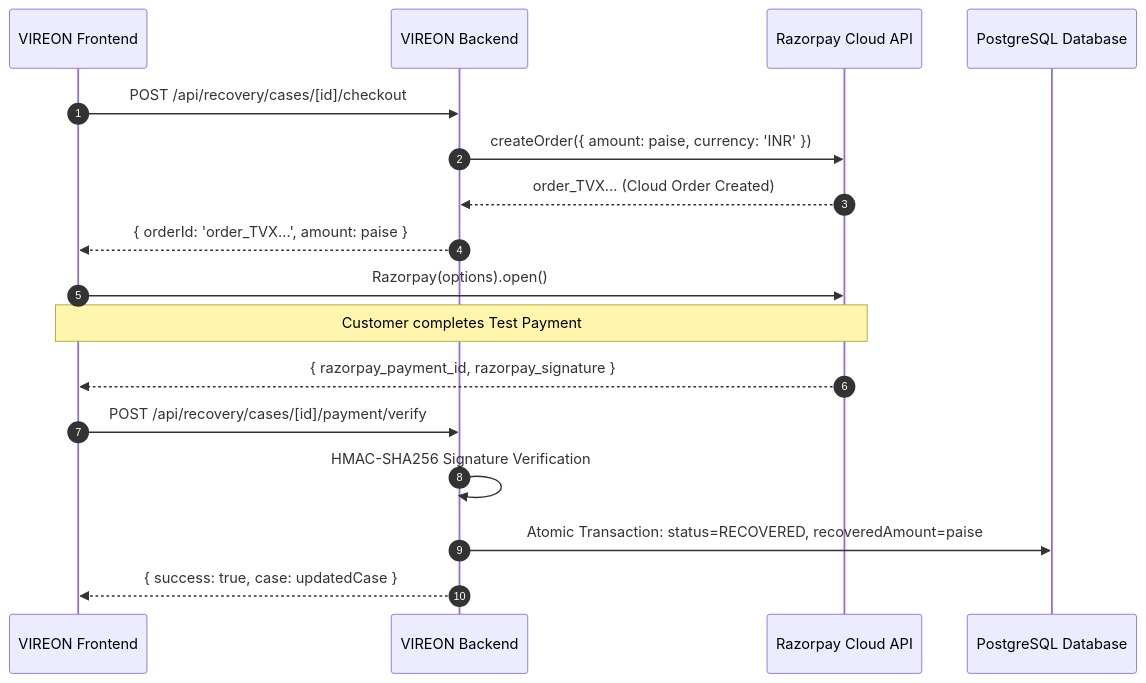
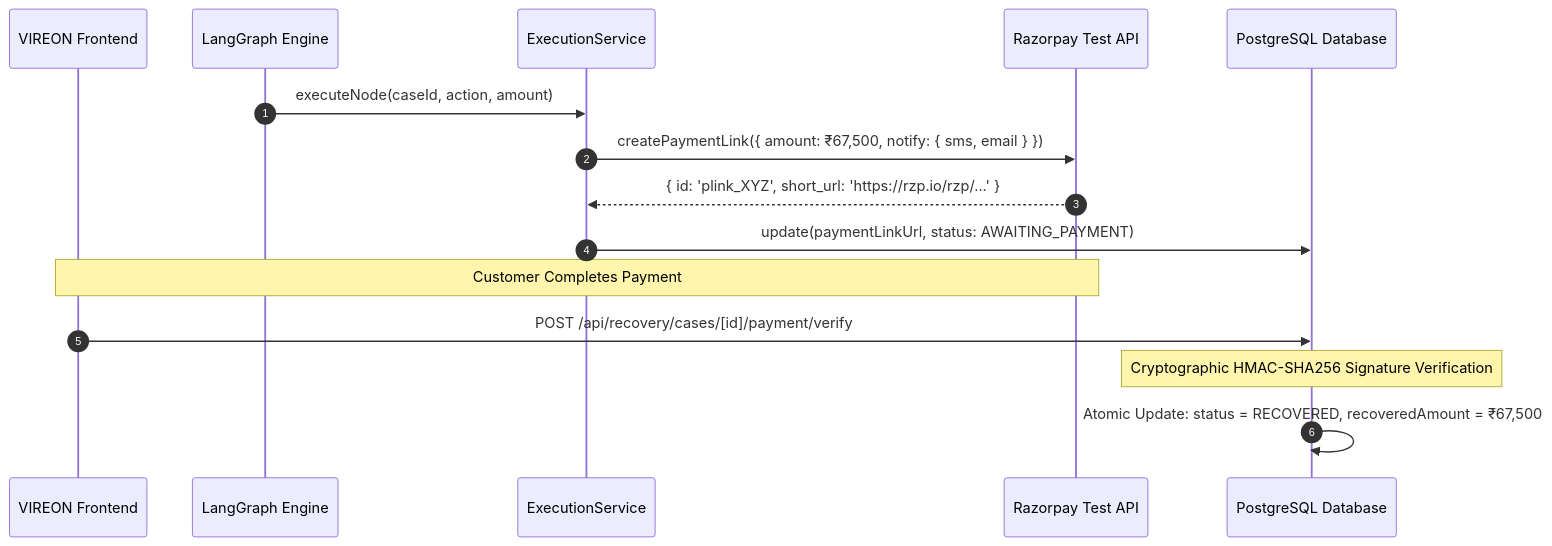
One commit to siddharth07-code/Razorpay-buildathon changed the second of 2 diagrams in README.md. Above: the diagram before and after it, drawn with Mermaid. The commit also changed other lines of this file and 1 other file, not shown here.

````diff
--- a/README.md
+++ b/README.md
@@ -119,20 +201,19 @@
 ```mermaid
 sequenceDiagram
     autonumber
     participant Browser as VIREON Frontend
-    participant Server as VIREON Backend
-    participant Razorpay as Razorpay Cloud API
+    participant Graph as LangGraph Engine
+    participant Exec as ExecutionService
+    participant Razorpay as Razorpay Test API
     participant DB as PostgreSQL Database
 
-    Browser->>Server: POST /api/recovery/cases/[id]/checkout
-    Server->>Razorpay: createOrder({ amount: paise, currency: 'INR' })
-    Razorpay-->>Server: order_TVX... (Cloud Order Created)
-    Server-->>Browser: { orderId: 'order_TVX...', amount: paise }
-    Browser->>Razorpay: Razorpay(options).open()
-    Note over Browser,Razorpay: Customer completes Test Payment
-    Razorpay-->>Browser: { razorpay_payment_id, razorpay_signature }
-    Browser->>Server: POST /api/recovery/cases/[id]/payment/verify
-    Server->>Server: HMAC-SHA256 Signature Verification
-    Server->>DB: Atomic Transaction: status=RECOVERED, recoveredAmount=paise
-    Server-->>Browser: { success: true, case: updatedCase }
+    Graph->>Exec: executeNode(caseId, action, amount)
+    Exec->>Razorpay: createPaymentLink({ amount: ₹67,500, notify: { sms, email } })
+    Razorpay-->>Exec: { id: 'plink_XYZ', short_url: 'https://rzp.io/rzp/...' }
+    Exec->>DB: update(paymentLinkUrl, status: AWAITING_PAYMENT)
+    
+    Note over Browser,Razorpay: Customer Completes Payment
+    Browser->>DB: POST /api/recovery/cases/[id]/payment/verify
+    Note over DB: Cryptographic HMAC-SHA256 Signature Verification
+    DB->>DB: Atomic Update: status = RECOVERED, recoveredAmount = ₹67,500
 ```
````
